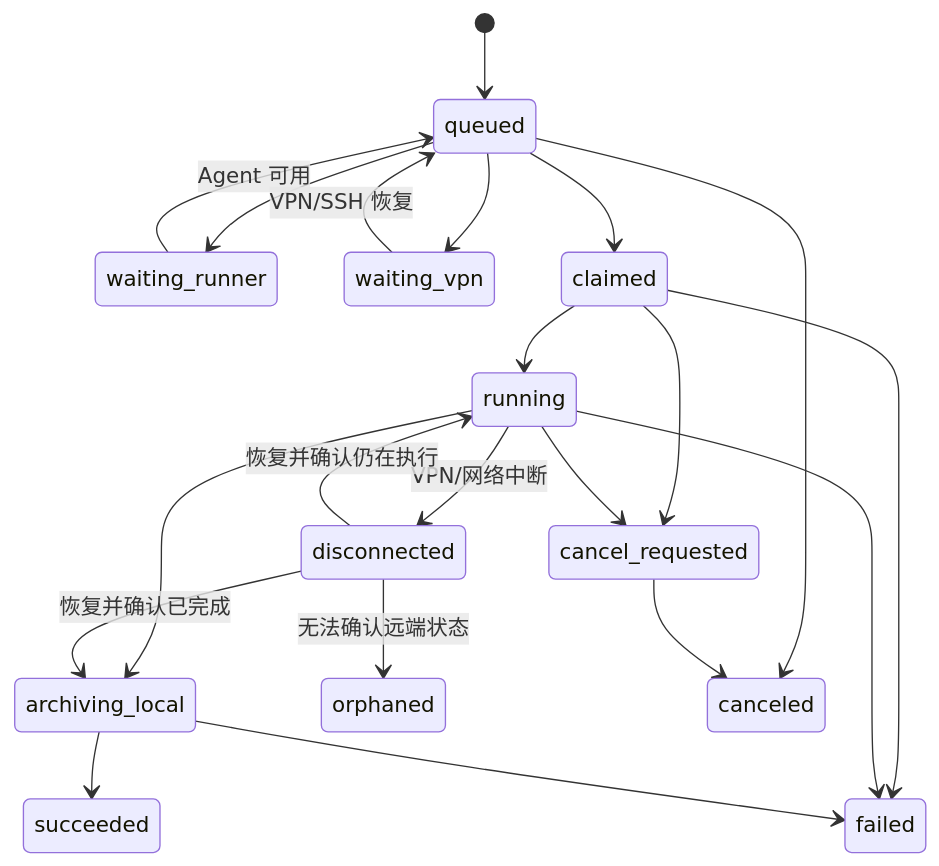
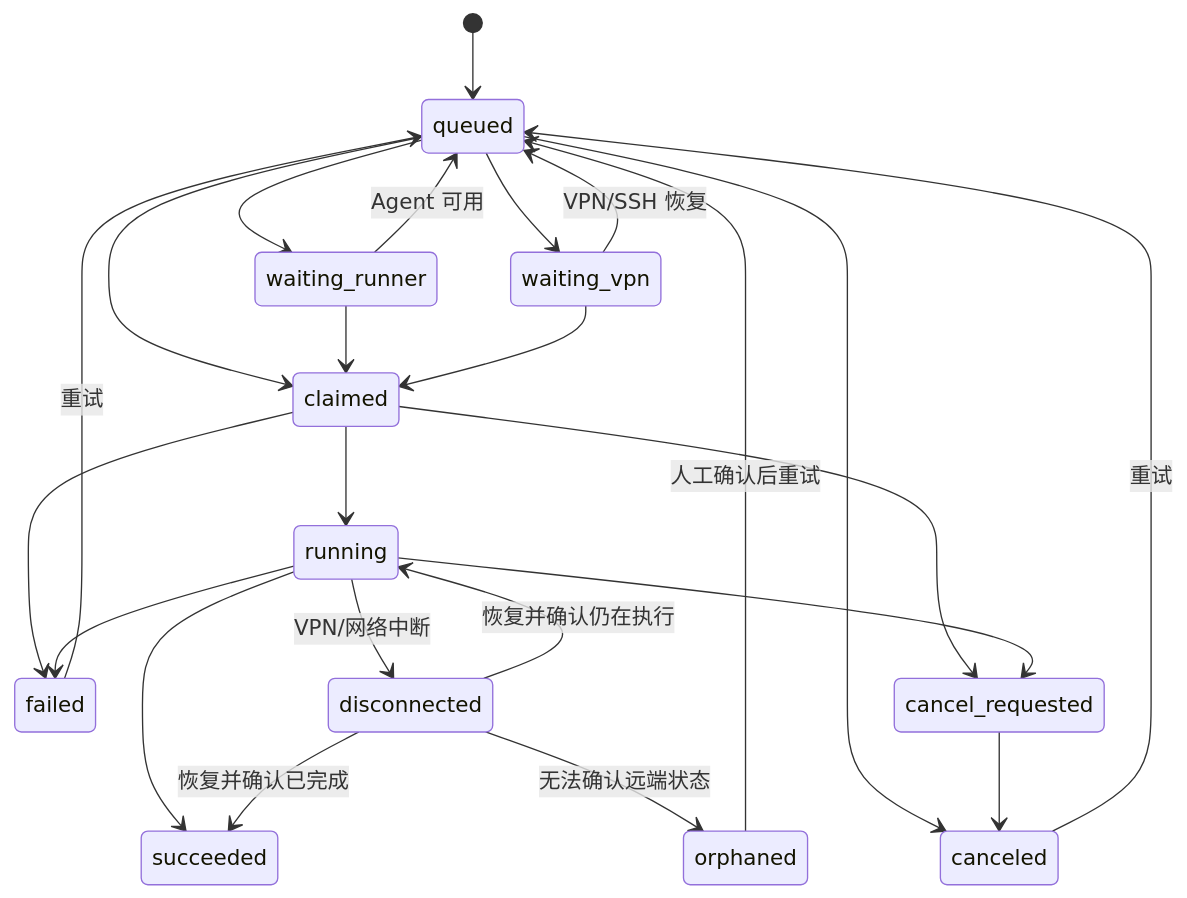
The third of 3 diagrams in docs/npu-vpn-runner-design.md (fazhenyao/flash-linear-attention-npu-io), drawn with Mermaid before and after one commit. The commit also changed other lines of this file, not shown here.

````diff
--- a/docs/npu-vpn-runner-design.md
+++ b/docs/npu-vpn-runner-design.md
@@ -232,23 +230,26 @@
 ```mermaid
 stateDiagram-v2
     [*] --> queued
     queued --> waiting_runner
     waiting_runner --> queued: Agent 可用
     queued --> waiting_vpn
     waiting_vpn --> queued: VPN/SSH 恢复
     queued --> claimed
+    waiting_runner --> claimed
+    waiting_vpn --> claimed
     claimed --> running
-    running --> archiving_local
-    archiving_local --> succeeded
+    running --> succeeded
     claimed --> failed
     running --> failed
-    archiving_local --> failed
     running --> disconnected: VPN/网络中断
     disconnected --> running: 恢复并确认仍在执行
-    disconnected --> archiving_local: 恢复并确认已完成
+    disconnected --> succeeded: 恢复并确认已完成
     disconnected --> orphaned: 无法确认远端状态
     queued --> canceled
     claimed --> cancel_requested
     running --> cancel_requested
     cancel_requested --> canceled
+    failed --> queued: 重试
+    canceled --> queued: 重试
+    orphaned --> queued: 人工确认后重试
 ```
````
